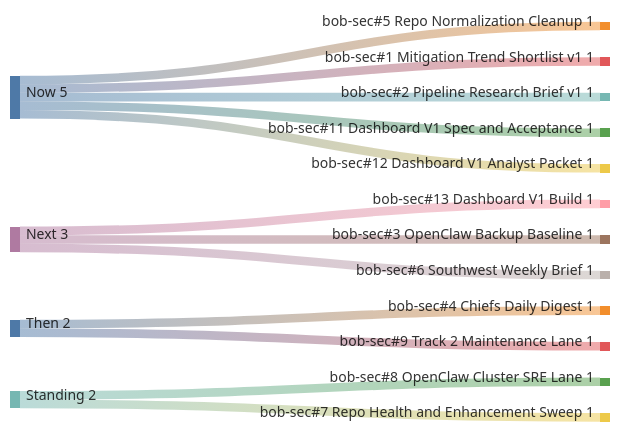
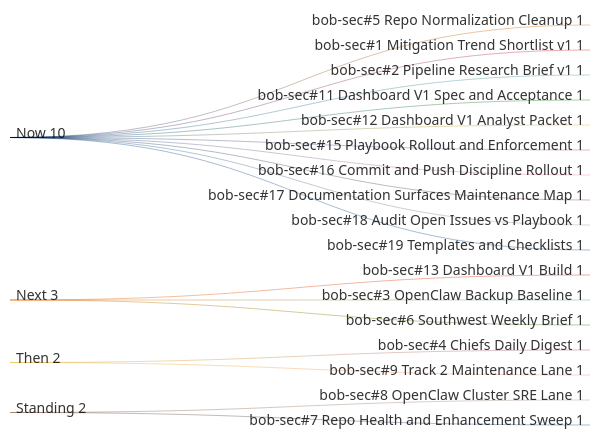
The diagram in research/operations/current-work-gantt.md (stevologic/bob-sec), drawn with Mermaid before and after one commit. The commit also changed other lines of this file, not shown here.

Commit message:
Add playbook rollout to gantt

````diff
--- a/research/operations/current-work-gantt.md
+++ b/research/operations/current-work-gantt.md
@@ -5,15 +5,20 @@
 ```mermaid
 sankey-beta
 Now,bob-sec#5 Repo Normalization Cleanup,1
 Now,bob-sec#1 Mitigation Trend Shortlist v1,1
 Now,bob-sec#2 Pipeline Research Brief v1,1
 Now,bob-sec#11 Dashboard V1 Spec and Acceptance,1
 Now,bob-sec#12 Dashboard V1 Analyst Packet,1
+Now,bob-sec#15 Playbook Rollout and Enforcement,1
+Now,bob-sec#16 Commit and Push Discipline Rollout,1
+Now,bob-sec#17 Documentation Surfaces Maintenance Map,1
+Now,bob-sec#18 Audit Open Issues vs Playbook,1
+Now,bob-sec#19 Templates and Checklists,1
 Next,bob-sec#13 Dashboard V1 Build,1
 Next,bob-sec#3 OpenClaw Backup Baseline,1
 Next,bob-sec#6 Southwest Weekly Brief,1
 Then,bob-sec#4 Chiefs Daily Digest,1
 Then,bob-sec#9 Track 2 Maintenance Lane,1
 Standing,bob-sec#8 OpenClaw Cluster SRE Lane,1
 Standing,bob-sec#7 Repo Health and Enhancement Sweep,1
 ```
````
